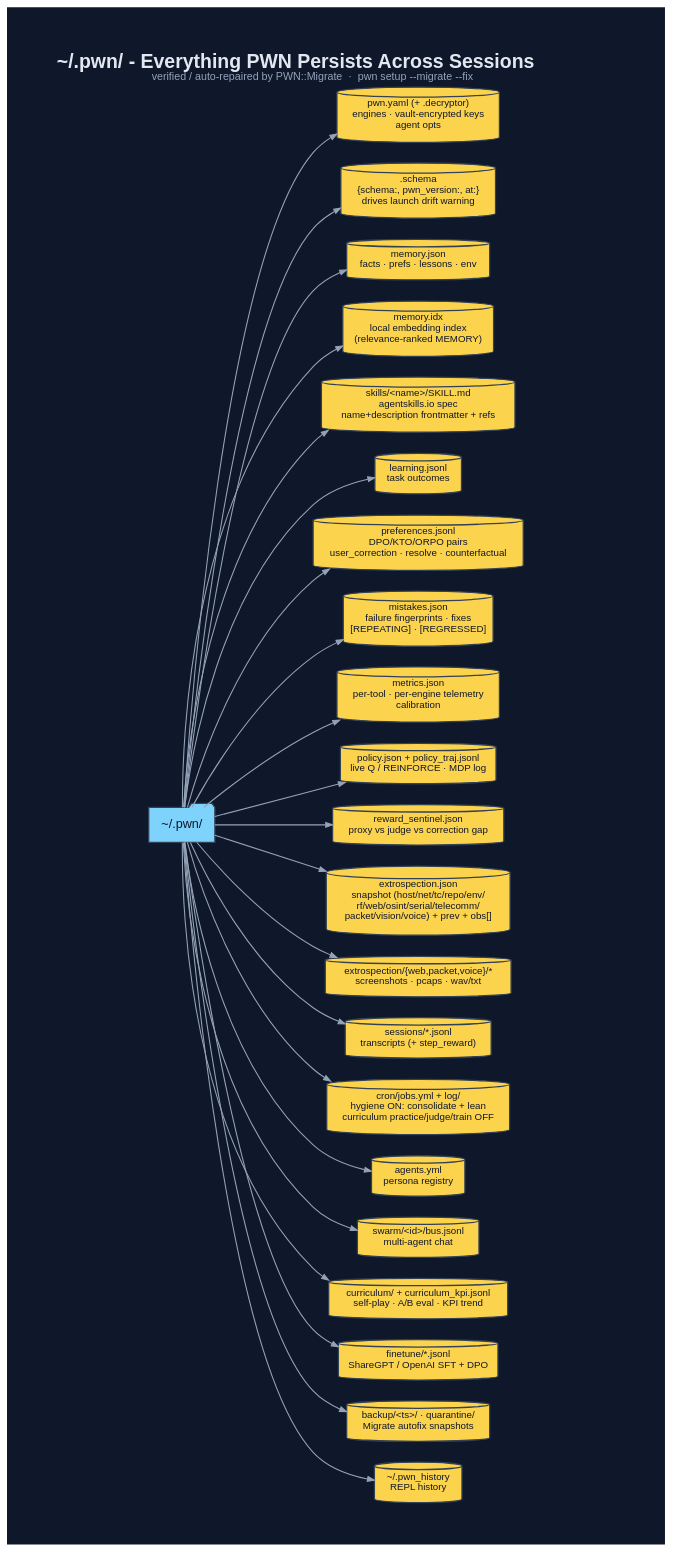
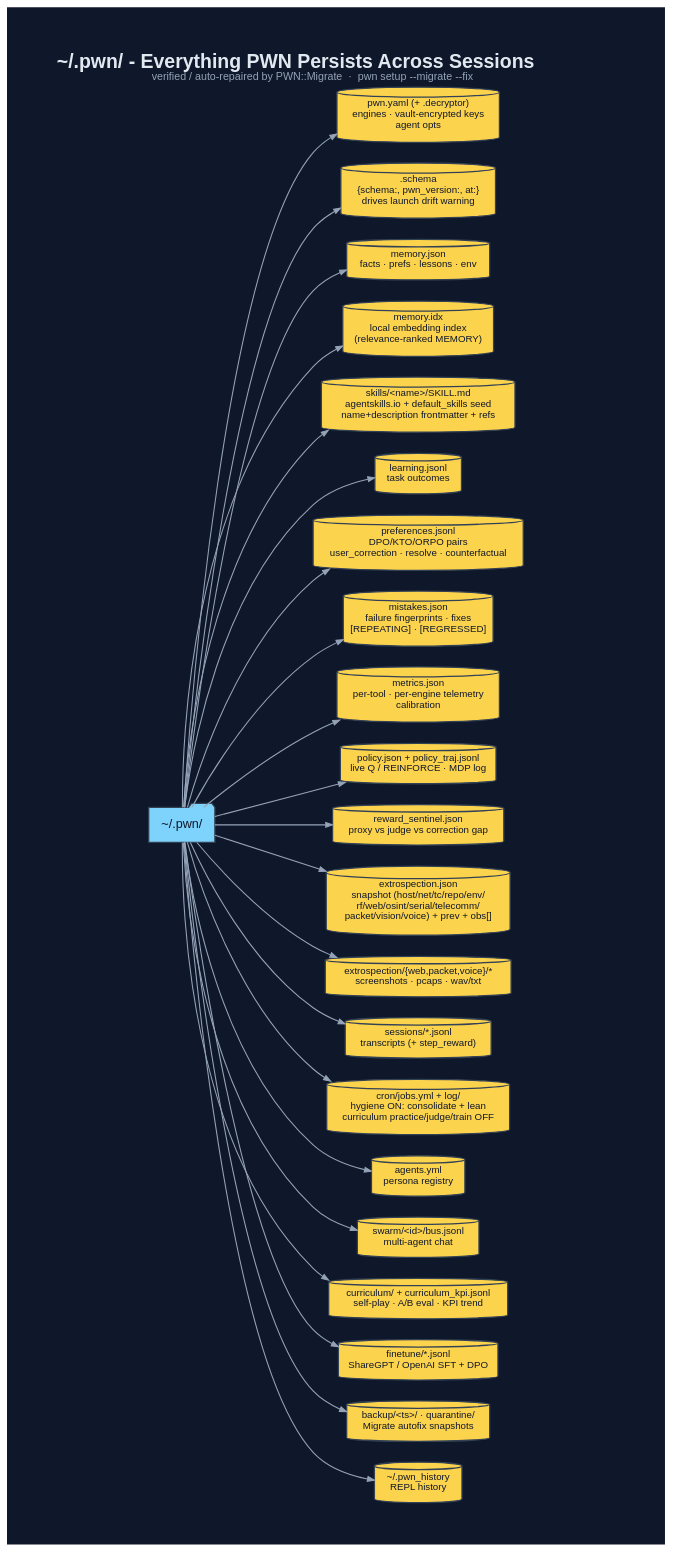
The diagram in documentation/diagrams/dot/persistence-filesystem.dot (0dayInc/pwn), drawn with Graphviz before and after one commit. The commit also changed 46 other files, not shown here.

Commit message:
`pwn setup --migrate` - include default set of skills that live in /opt/pwn/etc/default_skills

```diff
--- a/documentation/diagrams/dot/persistence-filesystem.dot
+++ b/documentation/diagrams/dot/persistence-filesystem.dot
@@ -1,41 +1,41 @@
 digraph "PWN_Persistence" {
   graph [
     label=<<B>~/.pwn/ - Everything PWN Persists Across Sessions</B><BR/><FONT POINT-SIZE="11" COLOR="#94a3b8">verified / auto-repaired by PWN::Migrate  ·  pwn setup --migrate --fix</FONT>>,
     labelloc=t, fontsize=20, fontname="Helvetica",
     rankdir=LR, splines=spline, nodesep=0.3, ranksep=1.4,
     bgcolor="#0f172a", fontcolor="#e2e8f0", pad=0.6, newrank=true
   ];
   node [fontname="Helvetica", fontsize=10, style="filled,rounded",
         shape=box, penwidth=1.3, color="#334155", fontcolor="#0f172a"];
   edge [color="#94a3b8", penwidth=1.1, arrowsize=0.7];
 
   Root [label="~/.pwn/", shape=folder, fillcolor="#7dd3fc", fontsize=13];
 
   node [shape=cylinder, fillcolor="#fcd34d"];
   cfg  [label="pwn.yaml (+ .decryptor)\nengines · vault-encrypted keys\nagent opts"];
   schm [label=".schema\n{schema:, pwn_version:, at:}\ndrives launch drift warning"];
   mem  [label="memory.json\nfacts · prefs · lessons · env"];
   midx [label="memory.idx\nlocal embedding index\n(relevance-ranked MEMORY)"];
-  skl  [label="skills/<name>/SKILL.md\nagentskills.io spec\nname+description frontmatter + refs"];
+  skl  [label="skills/<name>/SKILL.md\nagentskills.io + default_skills seed\nname+description frontmatter + refs"];
   lrn  [label="learning.jsonl\ntask outcomes"];
   prf  [label="preferences.jsonl\nDPO/KTO/ORPO pairs\nuser_correction · resolve · counterfactual"];
   mis  [label="mistakes.json\nfailure fingerprints · fixes\n[REPEATING] · [REGRESSED]"];
   met  [label="metrics.json\nper-tool · per-engine telemetry\ncalibration"];
   pol  [label="policy.json + policy_traj.jsonl\nlive Q / REINFORCE · MDP log"];
   rws  [label="reward_sentinel.json\nproxy vs judge vs correction gap"];
   ext  [label="extrospection.json\nsnapshot (host/net/tc/repo/env/\nrf/web/osint/serial/telecomm/\npacket/vision/voice) + prev + obs[]"];
   eart [label="extrospection/{web,packet,voice}/*\nscreenshots · pcaps · wav/txt"];
   ses  [label="sessions/*.jsonl\ntranscripts (+ step_reward)"];
   crn  [label="cron/jobs.yml + log/\nhygiene ON: consolidate + lean\ncurriculum practice/judge/train OFF"];
   agt  [label="agents.yml\npersona registry"];
   swm  [label="swarm/<id>/bus.jsonl\nmulti-agent chat"];
   cur  [label="curriculum/ + curriculum_kpi.jsonl\nself-play · A/B eval · KPI trend"];
   ftn  [label="finetune/*.jsonl\nShareGPT / OpenAI SFT + DPO"];
   bkp  [label="backup/<ts>/ · quarantine/\nMigrate autofix snapshots"];
   hist [label="~/.pwn_history\nREPL history"];
 
   Root->cfg;  Root->schm; Root->mem;  Root->midx; Root->skl;  Root->lrn;
   Root->prf;  Root->mis;  Root->met;  Root->pol;  Root->rws;  Root->ext;  Root->eart;
   Root->ses;  Root->crn;  Root->agt;  Root->swm;  Root->cur;  Root->ftn;
   Root->bkp;  Root->hist;
 }
```
